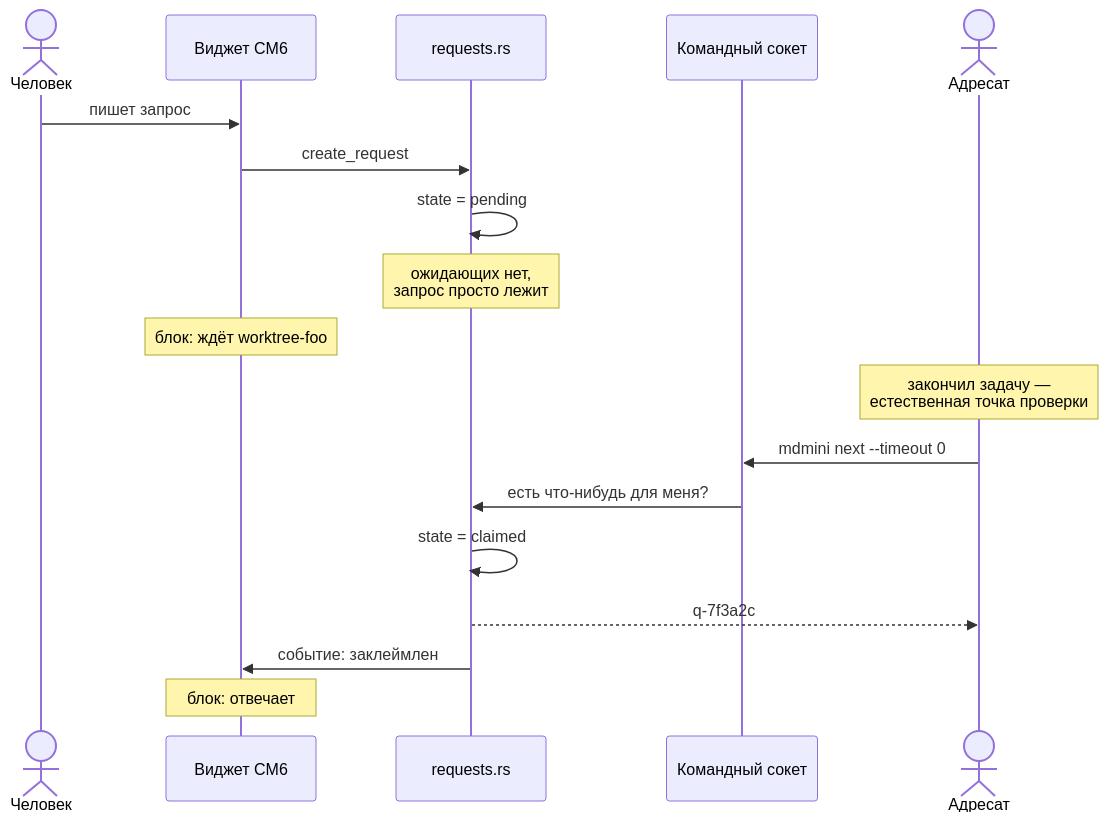
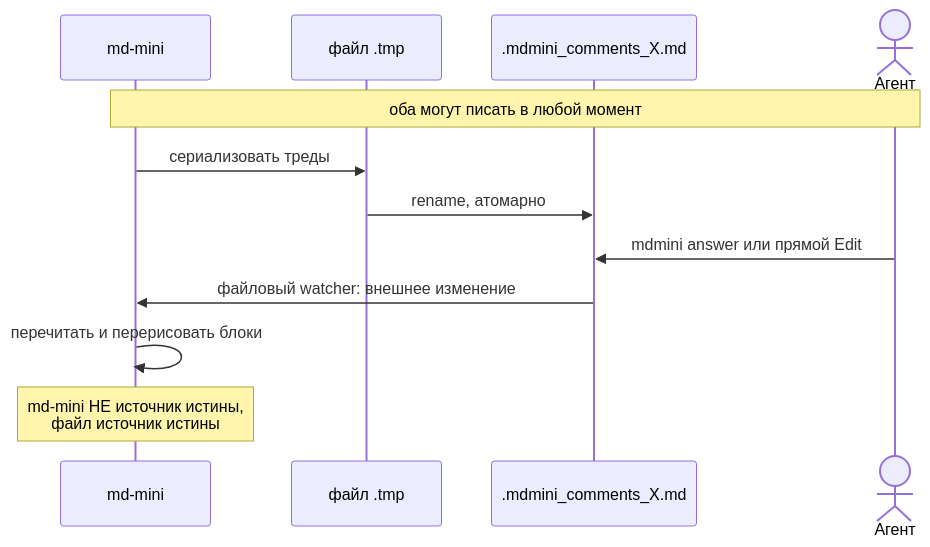
Before and after one commit to malinborn/mdmini: the ninth of 14 diagrams in docs/superpowers/specs/2026-08-23-document-requests-design.md, drawn with Mermaid. The commit also changed other lines of this file, not shown here.

````diff
--- a/docs/superpowers/specs/2026-08-23-document-requests-design.md
+++ b/docs/superpowers/specs/2026-08-23-document-requests-design.md
@@ -344,22 +299,15 @@
 ```mermaid
 sequenceDiagram
-    actor U as Человек
-    participant W as Виджет CM6
-    participant R as requests.rs
-    participant S as Командный сокет
-    actor A as Адресат
+    participant M as md-mini
+    participant T as файл .tmp
+    participant F as .mdmini_comments_X.md
+    actor A as Агент
 
-    U->>W: пишет запрос
-    W->>R: create_request
-    R->>R: state = pending
-    Note over R: ожидающих нет,<br/>запрос просто лежит
-    Note over W: блок: ждёт worktree-foo
-
-    Note over A: закончил задачу —<br/>естественная точка проверки
-    A->>S: mdmini next --timeout 0
-    S->>R: есть что-нибудь для меня?
-    R->>R: state = claimed
-    R-->>A: q-7f3a2c
-    R->>W: событие: заклеймлен
-    Note over W: блок: отвечает
+    Note over M,A: оба могут писать в любой момент
+    M->>T: сериализовать треды
+    T->>F: rename, атомарно
+    A->>F: mdmini answer или прямой Edit
+    F->>M: файловый watcher: внешнее изменение
+    M->>M: перечитать и перерисовать блоки
+    Note over M: md-mini НЕ источник истины,<br/>файл источник истины
 ```
````
